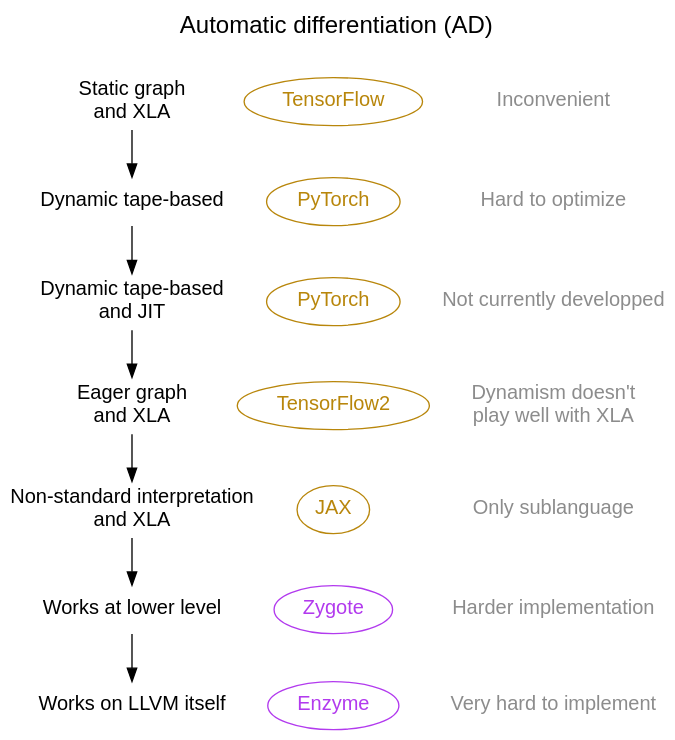
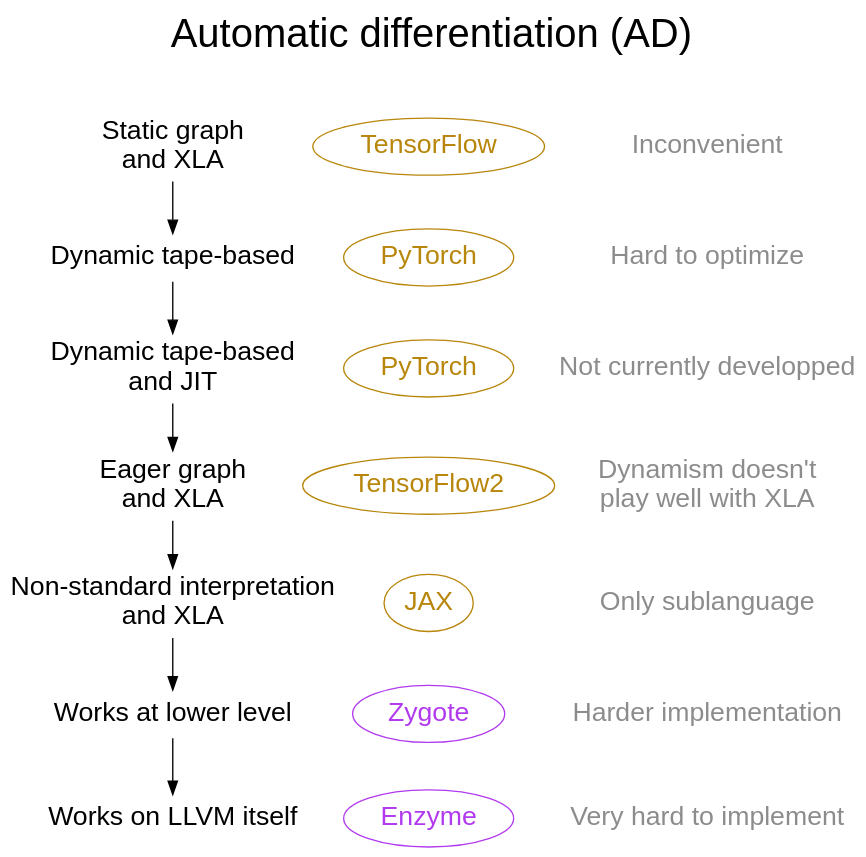
Diagram 24 of 24 in ai/wb_frameworks_slides.qmd (WestDRI/arc-training), drawn with Graphviz before and after one commit. The commit also changed other lines of this file, not shown here.

````diff
--- a/ai/wb_frameworks_slides.qmd
+++ b/ai/wb_frameworks_slides.qmd
@@ -1374,58 +1373,58 @@
 ```{dot}
 //| echo: false
 
 strict digraph {
-  
+
 bgcolor="transparent"
 graph [fontname="Inconsolata, sans-serif"]
-node [fontname="Inconsolata, sans-serif", fontsize=15]
+node [fontname="Inconsolata, sans-serif", fontsize=20]
 label="Automatic differentiation (AD)\n\n"
-fontsize=18
+fontsize=30
 labelloc=t
 
 1 [label="Static graph\nand XLA", shape=plaintext, group=g1]
 2 [label="Dynamic tape-based", shape=plaintext, group=g1]
 3 [label="Dynamic tape-based\nand JIT", shape=plaintext, group=g1]
 4 [label="Eager graph\nand XLA", shape=plaintext, group=g1]
 5 [label="Non-standard interpretation\nand XLA", shape=plaintext, group=g1]
 6 [label="Works at lower level", shape=plaintext, group=g1]
 7 [label="Works on LLVM itself", shape=plaintext, group=g1]
 
 a [label="TensorFlow", shape=plaintext, fontcolor=darkgoldenrod, color=darkgoldenrod, group=g2, shape=oval]
 b [label="PyTorch", shape=plaintext, fontcolor=darkgoldenrod, color=darkgoldenrod, group=g2, shape=oval]
 c [label="PyTorch", shape=plaintext, fontcolor=darkgoldenrod, color=darkgoldenrod, group=g2, shape=oval]
 d [label="TensorFlow2", shape=plaintext, fontcolor=darkgoldenrod, color=darkgoldenrod, group=g2, shape=oval]
 e [label="JAX", shape=plaintext, fontcolor=darkgoldenrod, color=darkgoldenrod, group=g2, shape=oval]
 f [label="Zygote", shape=plaintext, fontcolor=darkorchid2, color=darkorchid2, group=g2, shape=oval]
 g [label="Enzyme", shape=plaintext, fontcolor=darkorchid2, color=darkorchid2, group=g2, shape=oval]
 
 A [label="Inconvenient", shape=plaintext, fontcolor=gray55, group=g3]
 B [label="Hard to optimize", shape=plaintext, fontcolor=gray55, group=g3]
 C [label="Not currently developped", shape=plaintext, fontcolor=gray55, group=g3]
 D [label="Dynamism doesn't\nplay well with XLA", shape=plaintext, fontcolor=gray55, group=g3]
 E [label="Only sublanguage", shape=plaintext, fontcolor=gray55, group=g3]
 F [label="Harder implementation", shape=plaintext, fontcolor=gray55, group=g3]
 G [label="Very hard to implement", shape=plaintext, fontcolor=gray55, group=g3]
 
 {rank=same; 1 a A}
 {rank=same; 2 b B}
 {rank=same; 3 c C}
 {rank=same; 4 d D}
 {rank=same; 5 e E}
 {rank=same; 6 f F}
 {rank=same; 7 g G}
 
 1 -> a -> A [style=invis]
 2 -> b -> B [style=invis]
 3 -> c -> C [style=invis]
 4 -> d -> D [style=invis]
 5 -> e -> E [style=invis]
 6 -> f -> F [style=invis]
 7 -> g -> G [style=invis]
 
 1 -> 2 -> 3 -> 4 -> 5 -> 6 -> 7
 a -> b -> c -> d -> e -> f -> g [style=invis]
 A -> B -> C -> D -> E -> F -> G [style=invis]
 
 }
 ```
````
